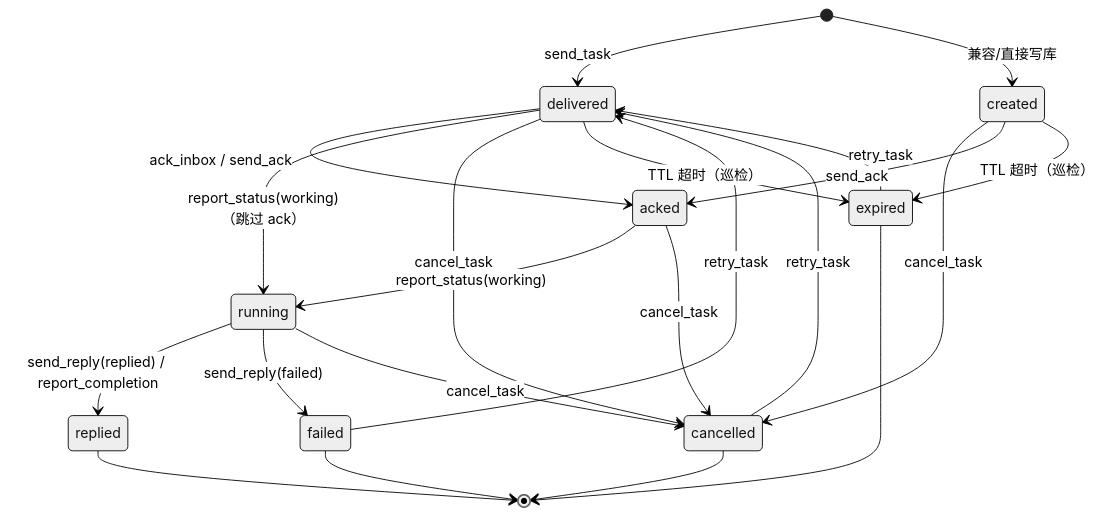
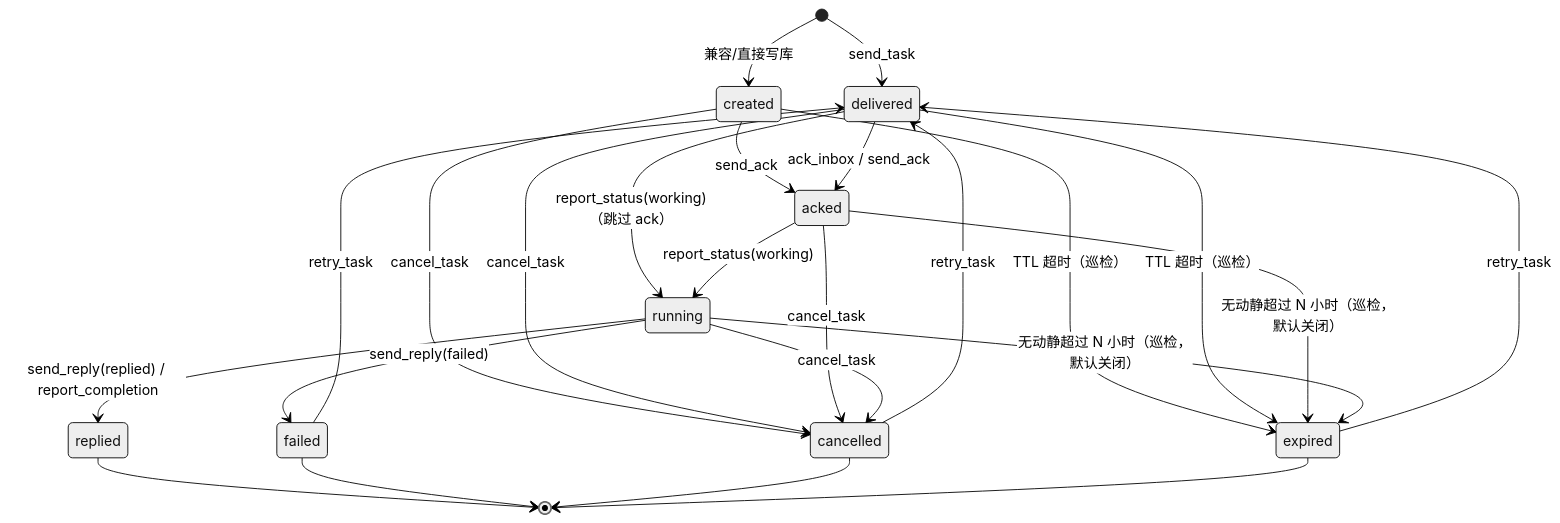
Before and after one commit to sleep2agi/agent-network: the first of 5 diagrams in docs-site/docs/concepts/task-lifecycle.md, drawn with Mermaid (neutral theme). The commit also changed other lines of this file and 8 other files, not shown here.

First line of the commit message:
fix(hub): optional patrol rule for stale acked/running tasks; bound expiry-notice "ahead" to 24h (#519, #2322)

````diff
--- a/docs-site/docs/concepts/task-lifecycle.md
+++ b/docs-site/docs/concepts/task-lifecycle.md
@@ -7,30 +7,32 @@
 ```mermaid
 stateDiagram-v2
     [*] --> delivered: send_task
     [*] --> created: 兼容/直接写库
 
     created --> cancelled: cancel_task
     created --> acked: send_ack
     created --> expired: TTL 超时（巡检）
 
     delivered --> acked: ack_inbox / send_ack
     delivered --> running: report_status(working)（跳过 ack）
     delivered --> cancelled: cancel_task
     delivered --> expired: TTL 超时（巡检）
 
     acked --> running: report_status(working)
     acked --> cancelled: cancel_task
+    acked --> expired: 无动静超过 N 小时（巡检，默认关闭）
 
     running --> replied: send_reply(replied) / report_completion
     running --> failed: send_reply(failed)
     running --> cancelled: cancel_task
+    running --> expired: 无动静超过 N 小时（巡检，默认关闭）
 
     replied --> [*]
     failed --> delivered: retry_task
     cancelled --> delivered: retry_task
     expired --> delivered: retry_task
 
     failed --> [*]
     cancelled --> [*]
     expired --> [*]
 ```
````
